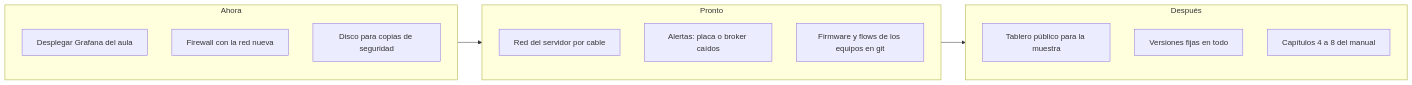
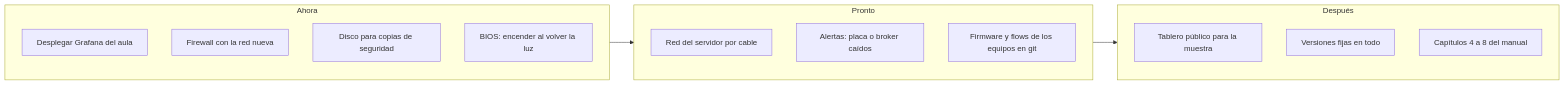
One commit to resourceldg/homelab changed the seventh of 7 diagrams in docs/handbook/15-ciclo-de-vida-y-madurez.md. Above: the diagram before and after it, drawn with Mermaid. The commit also changed other lines of this file and 23 other files, not shown here.

````diff
--- a/docs/handbook/15-ciclo-de-vida-y-madurez.md
+++ b/docs/handbook/15-ciclo-de-vida-y-madurez.md
@@ -275,19 +276,20 @@
 ```mermaid
 flowchart LR
   subgraph AHORA["Ahora"]
     a1["Desplegar Grafana del aula"]
     a2["Firewall con la red nueva"]
     a3["Disco para copias de seguridad"]
+    a4["BIOS: encender al volver la luz"]
   end
   subgraph PRONTO["Pronto"]
     p1["Red del servidor por cable"]
     p2["Alertas: placa o broker caídos"]
     p3["Firmware y flows de los equipos en git"]
   end
   subgraph DESPUES["Después"]
     d1["Tablero público para la muestra"]
     d2["Versiones fijas en todo"]
     d3["Capítulos 4 a 8 del manual"]
   end
   AHORA --> PRONTO --> DESPUES
 ```
````
